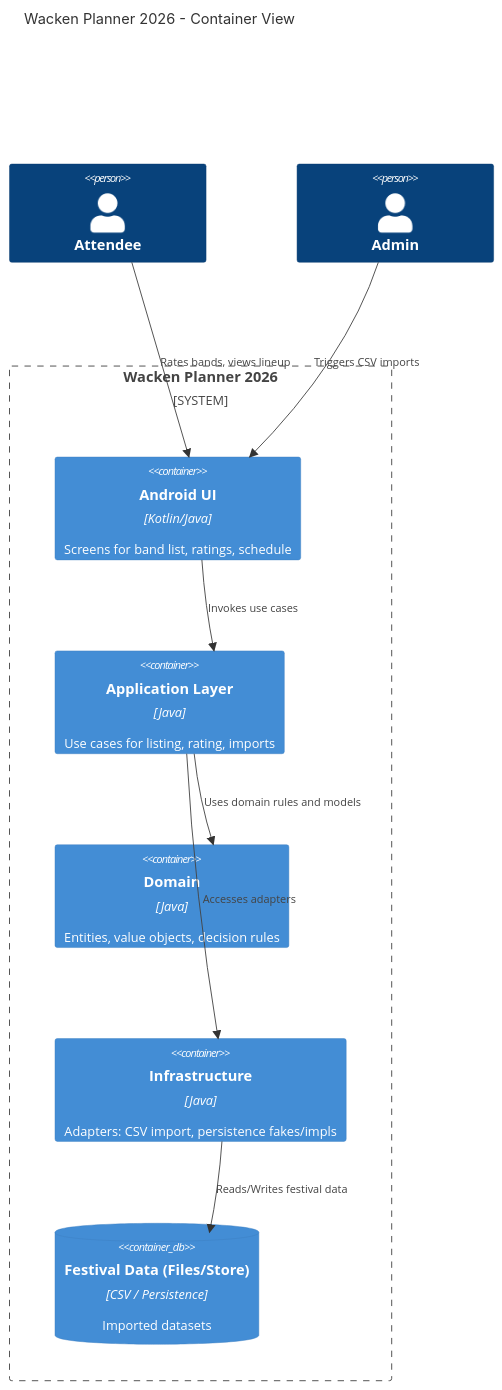
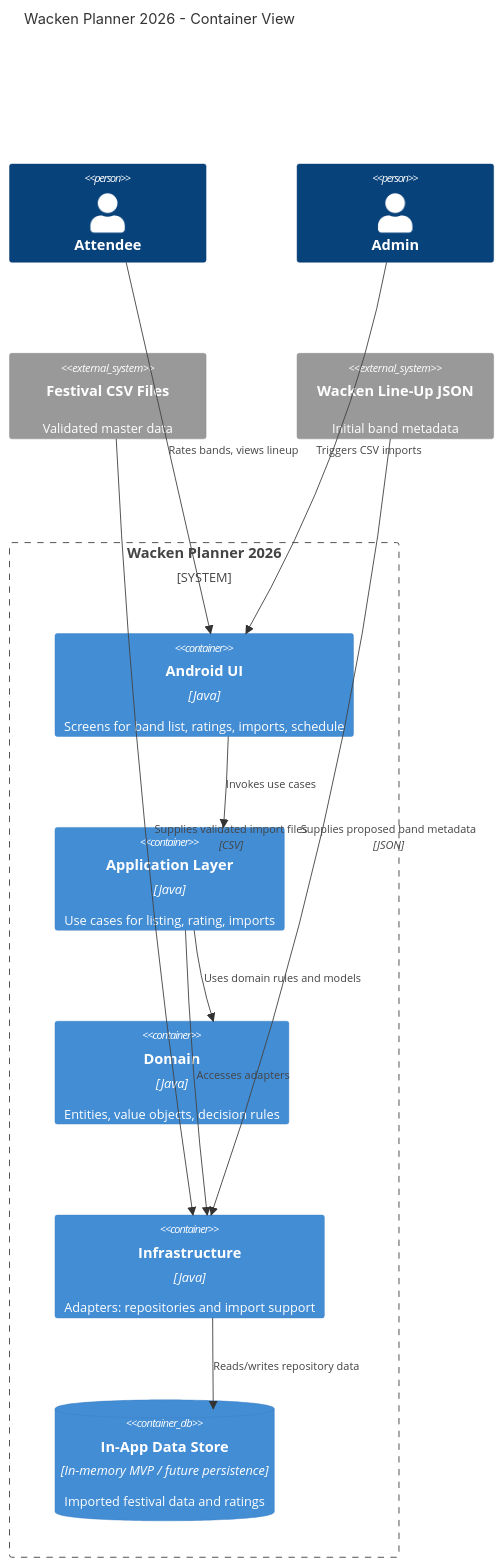
The third of 3 diagrams in README.md (DinoDeWaen/wacken), drawn with Mermaid before and after one commit. The commit also changed other lines of this file and 1 other file, not shown here.

Commit message:
Refine README C4 diagrams

````diff
--- a/README.md
+++ b/README.md
@@ -74,21 +76,25 @@
 ```mermaid
 C4Container
     title Wacken Planner 2026 - Container View
     Person(attendee, "Attendee")
     Person(admin, "Admin")
+    System_Ext(csvSource, "Festival CSV Files", "Validated master data")
+    System_Ext(wackenSite, "Wacken Line-Up JSON", "Initial band metadata")
 
     System_Boundary(app, "Wacken Planner 2026") {
-        Container(ui, "Android UI", "Kotlin/Java", "Screens for band list, ratings, schedule")
+        Container(ui, "Android UI", "Java", "Screens for band list, ratings, imports, schedule")
         Container(appsvc, "Application Layer", "Java", "Use cases for listing, rating, imports")
         Container(domain, "Domain", "Java", "Entities, value objects, decision rules")
-        Container(infra, "Infrastructure", "Java", "Adapters: CSV import, persistence fakes/impls")
-        ContainerDb(data, "Festival Data (Files/Store)", "CSV / Persistence", "Imported datasets")
+        Container(infra, "Infrastructure", "Java", "Adapters: repositories and import support")
+        ContainerDb(data, "In-App Data Store", "In-memory MVP / future persistence", "Imported festival data and ratings")
     }
 
     Rel(attendee, ui, "Rates bands, views lineup")
     Rel(admin, ui, "Triggers CSV imports")
     Rel(ui, appsvc, "Invokes use cases")
     Rel(appsvc, domain, "Uses domain rules and models")
     Rel(appsvc, infra, "Accesses adapters")
-    Rel(infra, data, "Reads/Writes festival data")
+    Rel(infra, data, "Reads/writes repository data")
+    Rel(csvSource, infra, "Supplies validated import files", "CSV")
+    Rel(wackenSite, infra, "Supplies proposed band metadata", "JSON")
 ```
````
